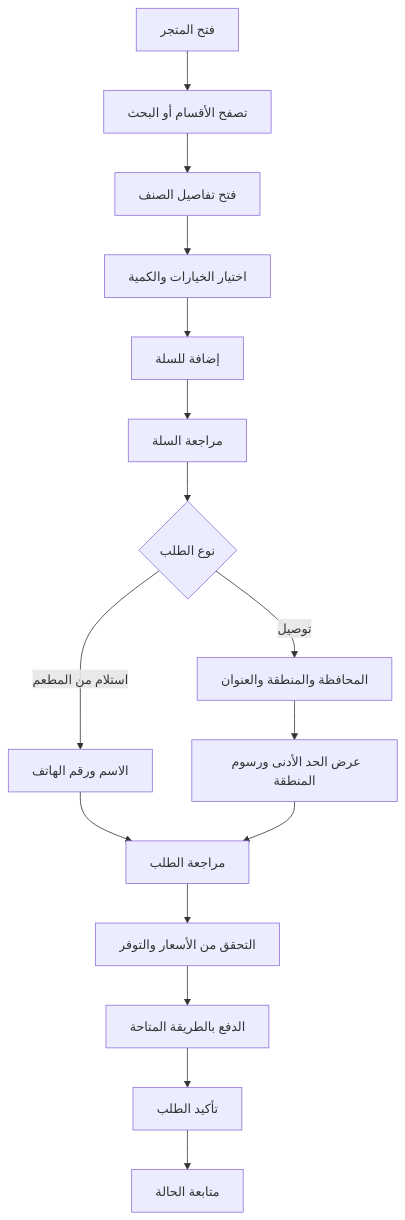
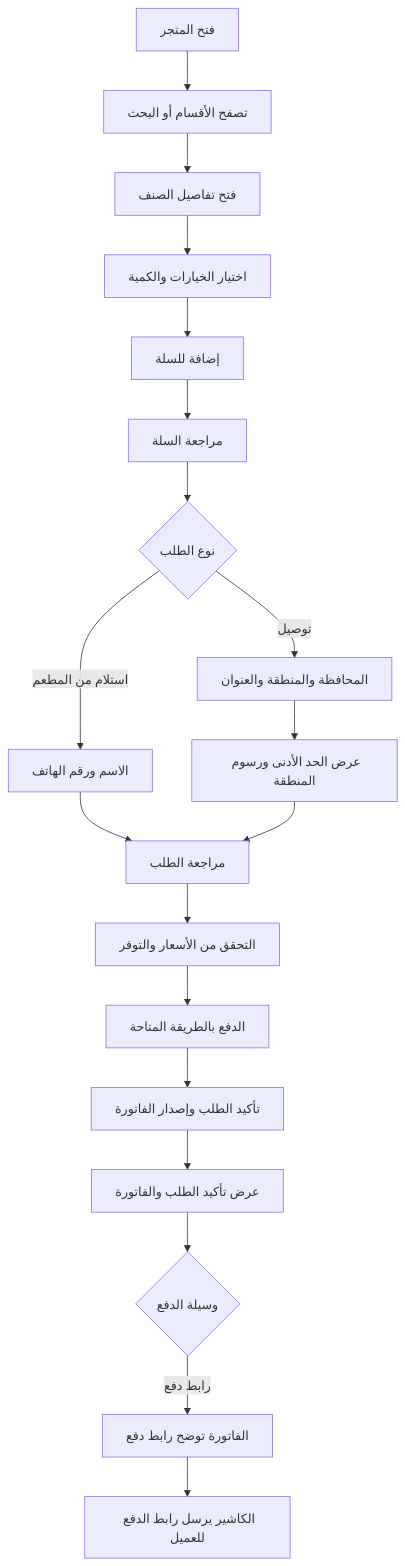
One commit to Malek-9292/kheralden92 changed the diagram in docs/04-UI-UX-DESIGN.md. Above: the diagram before and after it, drawn with Mermaid. The commit also changed other lines of this file, not shown here.

````diff
--- a/docs/04-UI-UX-DESIGN.md
+++ b/docs/04-UI-UX-DESIGN.md
@@ -226,18 +226,21 @@
 ```mermaid
 flowchart TD
     A[فتح المتجر] --> B[تصفح الأقسام أو البحث]
     B --> C[فتح تفاصيل الصنف]
     C --> D[اختيار الخيارات والكمية]
     D --> E[إضافة للسلة]
     E --> F[مراجعة السلة]
     F --> G{نوع الطلب}
     G -->|استلام من المطعم| H[الاسم ورقم الهاتف]
     G -->|توصيل| I[المحافظة والمنطقة والعنوان]
     I --> J[عرض الحد الأدنى ورسوم المنطقة]
     H --> K[مراجعة الطلب]
     J --> K
     K --> L[التحقق من الأسعار والتوفر]
     L --> M[الدفع بالطريقة المتاحة]
-    M --> N[تأكيد الطلب]
-    N --> O[متابعة الحالة]
+    M --> N[تأكيد الطلب وإصدار الفاتورة]
+    N --> O[عرض تأكيد الطلب والفاتورة]
+    O --> P{وسيلة الدفع}
+    P -->|رابط دفع| Q[الفاتورة توضح رابط دفع]
+    Q --> R[الكاشير يرسل رابط الدفع للعميل]
 ```
````
